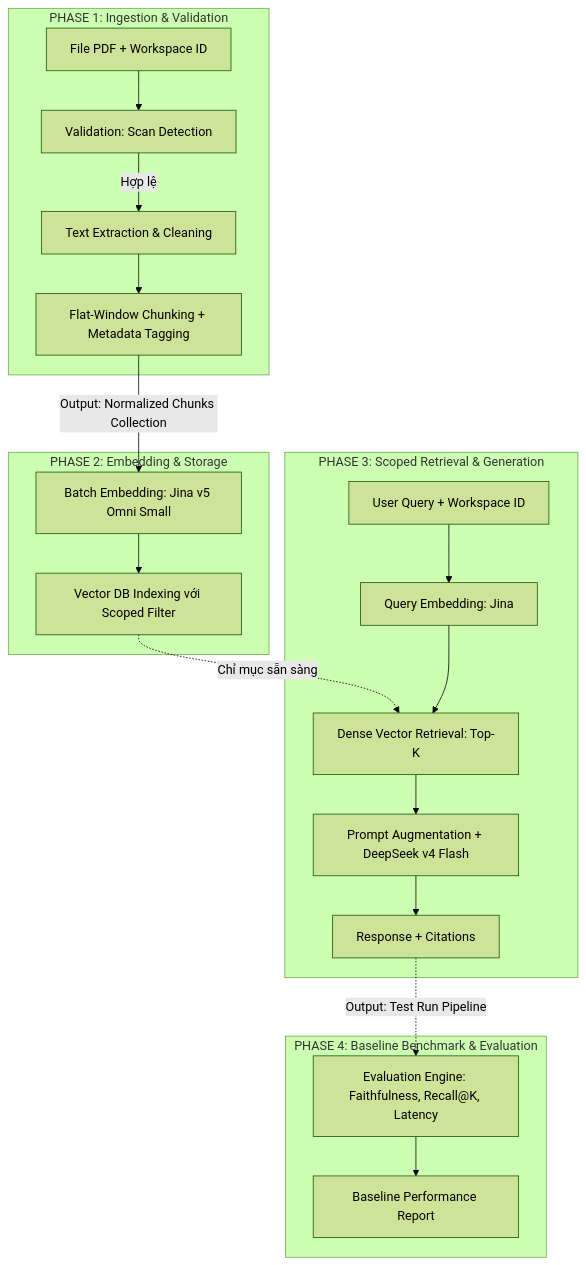
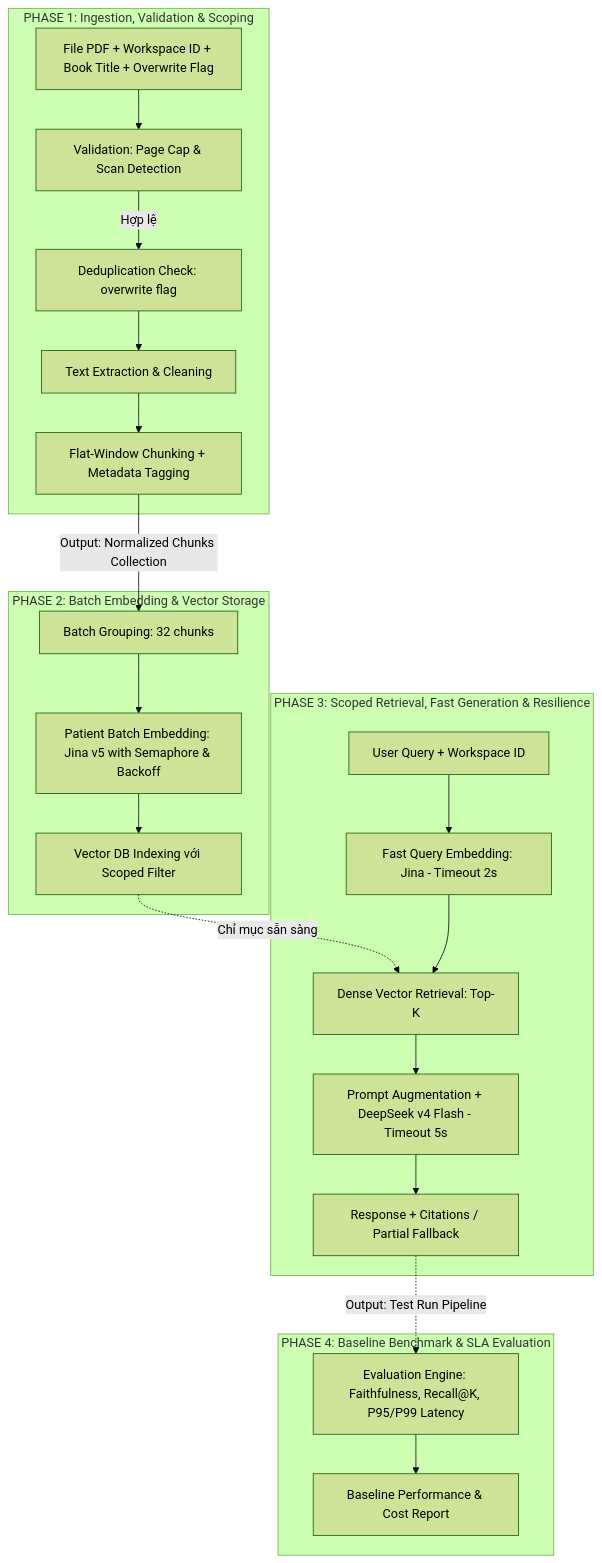
The second of 2 diagrams in docs/superpowers/specs/2026-08-31-exocort-baseline-hld.md (quocdat22/ExoCort), drawn with Mermaid (forest theme) before and after one commit. The commit also changed other lines of this file and 4 other files, not shown here.

Commit message:
docs: resolve HLD gaps on latency SLA, API failure policy, deduplication, and security/cost governance

````diff
--- a/docs/superpowers/specs/2026-08-31-exocort-baseline-hld.md
+++ b/docs/superpowers/specs/2026-08-31-exocort-baseline-hld.md
@@ -109,26 +119,28 @@
 ```mermaid
 flowchart TD
-    subgraph Phase1["PHASE 1: Ingestion & Validation"]
-        A[File PDF + Workspace ID] --> B[Validation: Scan Detection]
-        B -- Hợp lệ --> C[Text Extraction & Cleaning]
-        C --> D[Flat-Window Chunking + Metadata Tagging]
+    subgraph Phase1["PHASE 1: Ingestion, Validation & Scoping"]
+        A[File PDF + Workspace ID + Book Title + Overwrite Flag] --> B[Validation: Page Cap & Scan Detection]
+        B -- Hợp lệ --> C[Deduplication Check: overwrite flag]
+        C --> D[Text Extraction & Cleaning]
+        D --> E[Flat-Window Chunking + Metadata Tagging]
     end
 
-    subgraph Phase2["PHASE 2: Embedding & Storage"]
-        D -->|Output: Normalized Chunks Collection| E[Batch Embedding: Jina v5 Omni Small]
-        E --> F[Vector DB Indexing với Scoped Filter]
+    subgraph Phase2["PHASE 2: Batch Embedding & Vector Storage"]
+        E -->|Output: Normalized Chunks Collection| F[Batch Grouping: 32 chunks]
+        F --> G[Patient Batch Embedding: Jina v5 with Semaphore & Backoff]
+        G --> H[Vector DB Indexing với Scoped Filter]
     end
 
-    subgraph Phase3["PHASE 3: Scoped Retrieval & Generation"]
-        G[User Query + Workspace ID] --> H[Query Embedding: Jina]
-        F -.->|Chỉ mục sẵn sàng| I[Dense Vector Retrieval: Top-K]
-        H --> I
-        I --> J[Prompt Augmentation + DeepSeek v4 Flash]
-        J --> K[Response + Citations]
+    subgraph Phase3["PHASE 3: Scoped Retrieval, Fast Generation & Resilience"]
+        I[User Query + Workspace ID] --> J[Fast Query Embedding: Jina - Timeout 2s]
+        H -.->|Chỉ mục sẵn sàng| K[Dense Vector Retrieval: Top-K]
+        J --> K
+        K --> L[Prompt Augmentation + DeepSeek v4 Flash - Timeout 5s]
+        L --> M[Response + Citations / Partial Fallback]
     end
 
-    subgraph Phase4["PHASE 4: Baseline Benchmark & Evaluation"]
-        K -.->|Output: Test Run Pipeline| L[Evaluation Engine: Faithfulness, Recall@K, Latency]
-        L --> M[Baseline Performance Report]
+    subgraph Phase4["PHASE 4: Baseline Benchmark & SLA Evaluation"]
+        M -.->|Output: Test Run Pipeline| N[Evaluation Engine: Faithfulness, Recall@K, P95/P99 Latency]
+        N --> O[Baseline Performance & Cost Report]
     end
 ```
````
